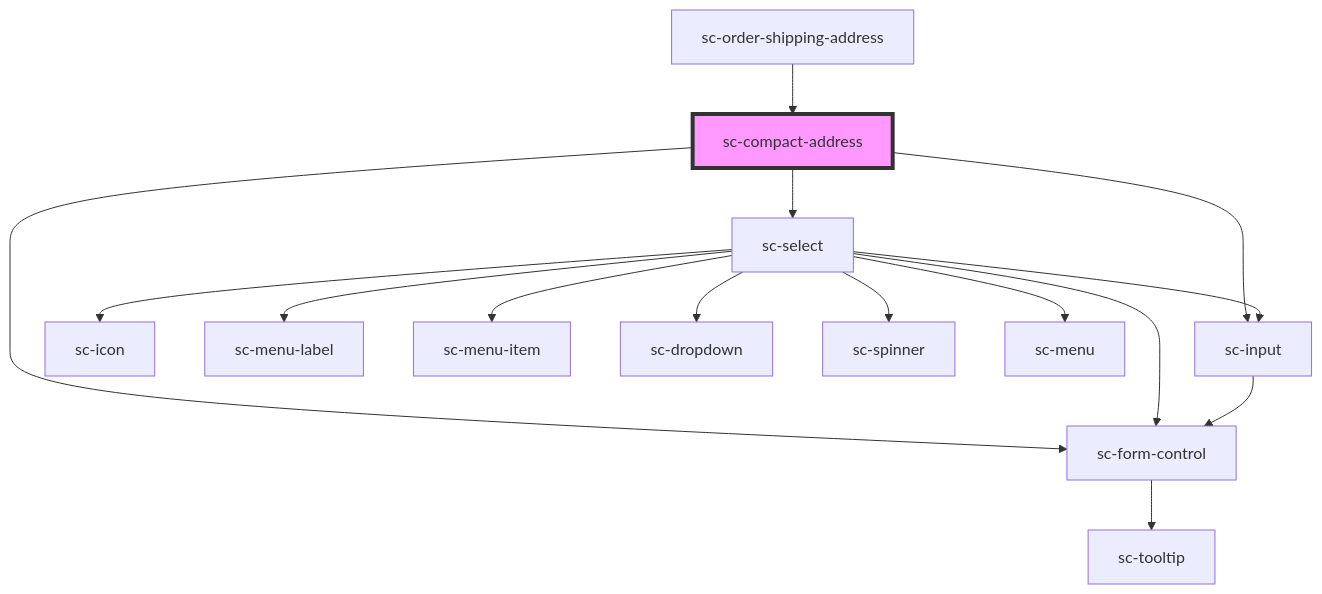
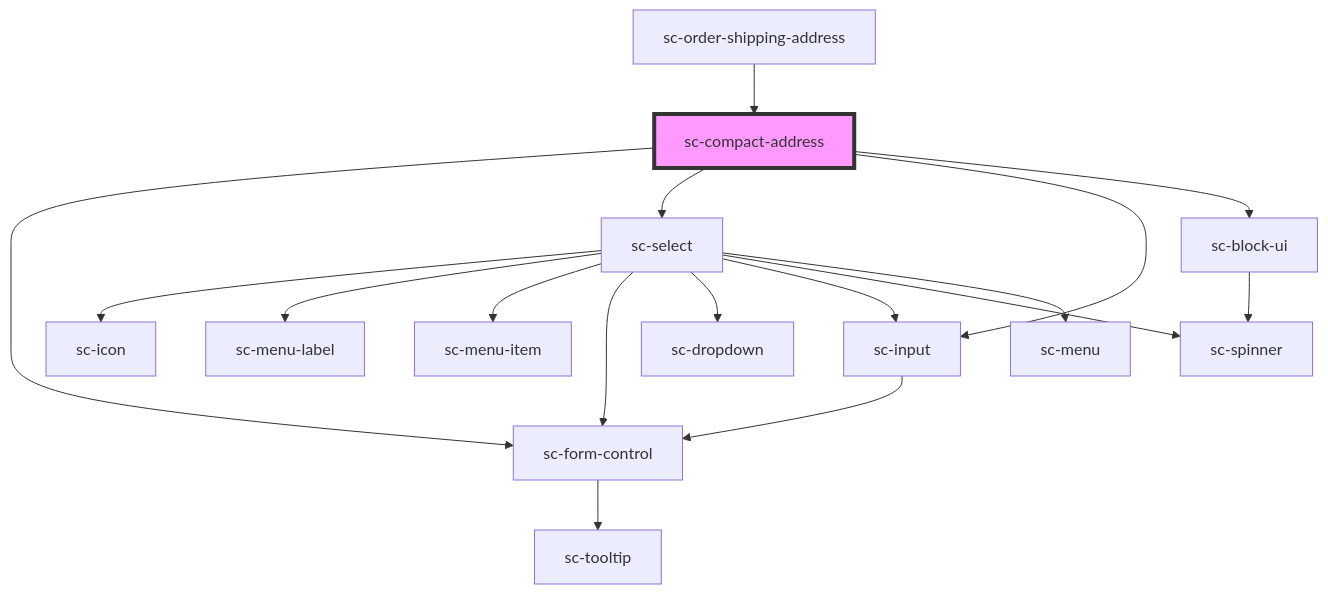
The diagram in packages/components/src/components/ui/sc-compact-address/readme.md (surecart/surecart-wp-plugin), drawn with Mermaid before and after one commit. The commit also changed other lines of this file and 13 other files, not shown here.

````diff
--- a/packages/components/src/components/ui/sc-compact-address/readme.md
+++ b/packages/components/src/components/ui/sc-compact-address/readme.md
@@ -45,18 +47,20 @@
 ```mermaid
 graph TD;
   sc-compact-address --> sc-form-control
   sc-compact-address --> sc-select
   sc-compact-address --> sc-input
+  sc-compact-address --> sc-block-ui
   sc-form-control --> sc-tooltip
   sc-select --> sc-icon
   sc-select --> sc-menu-label
   sc-select --> sc-menu-item
   sc-select --> sc-form-control
   sc-select --> sc-dropdown
   sc-select --> sc-input
   sc-select --> sc-spinner
   sc-select --> sc-menu
   sc-input --> sc-form-control
+  sc-block-ui --> sc-spinner
   sc-order-shipping-address --> sc-compact-address
   style sc-compact-address fill:#f9f,stroke:#333,stroke-width:4px
 ```
````
